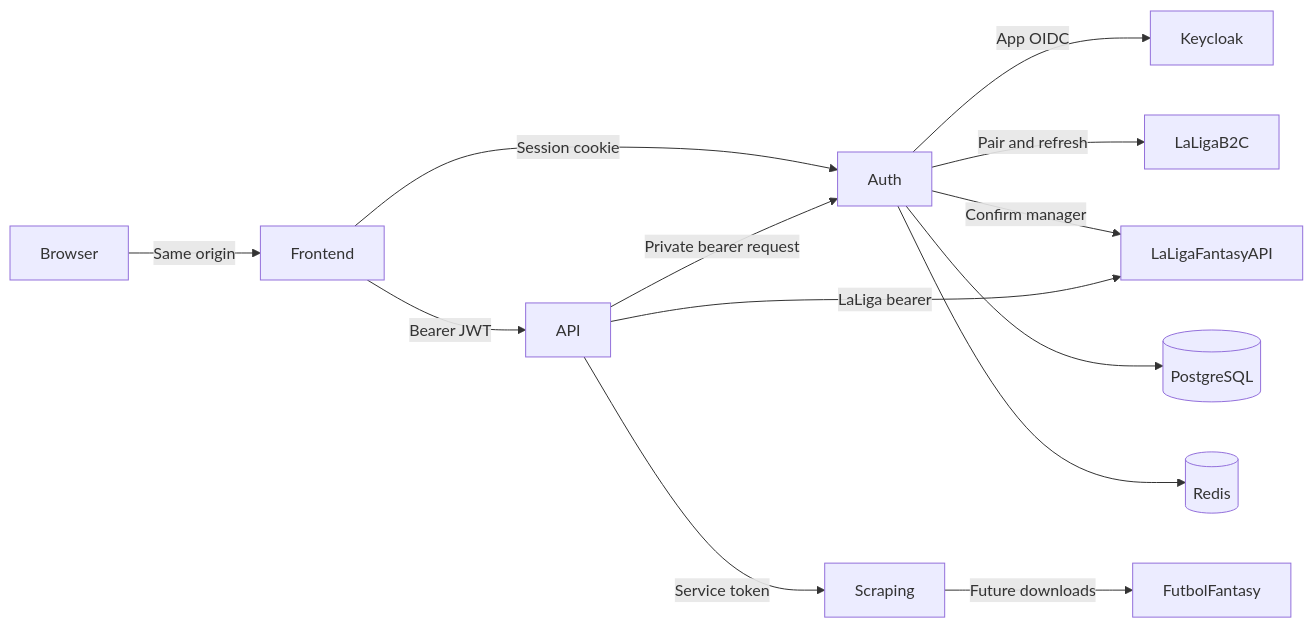
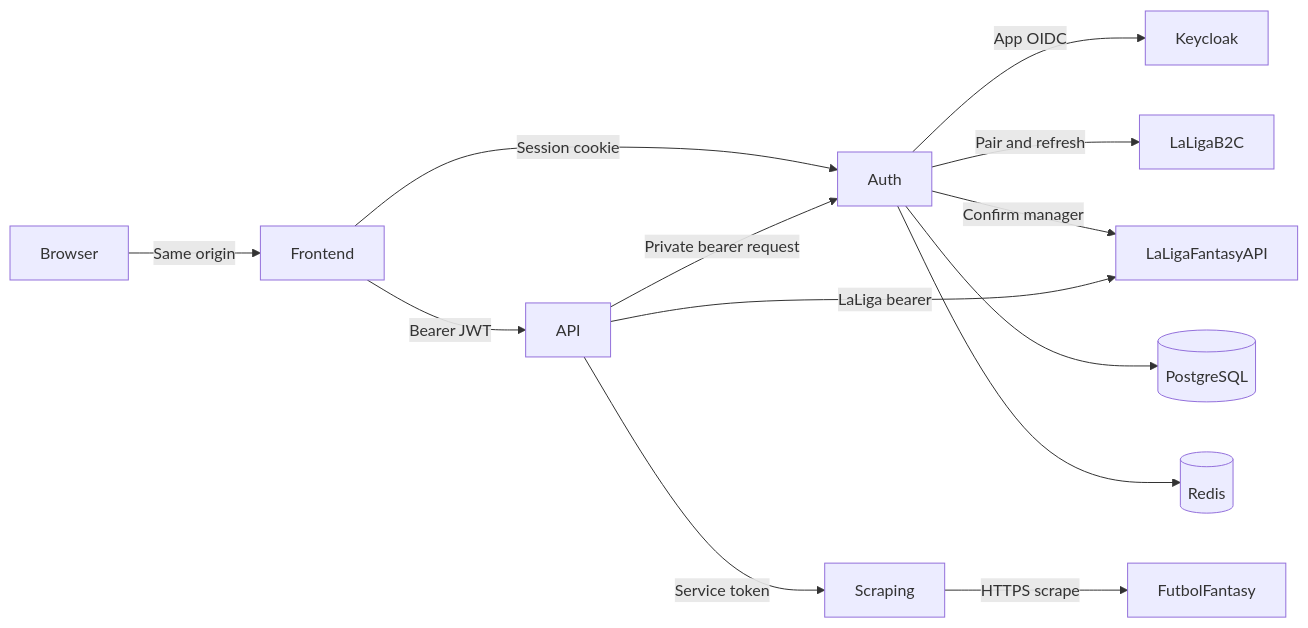
The first of 4 diagrams in docs/architecture.md (andreshere00/LaLiga-Fantasy-Builder), drawn with Mermaid before and after one commit. The commit also changed other lines of this file and 17 other files, not shown here.

````diff
--- a/docs/architecture.md
+++ b/docs/architecture.md
@@ -25,27 +25,27 @@
 ```mermaid
 flowchart LR
     Browser[Browser]
     Web[Frontend]
     IdP[Keycloak]
     Auth[Auth]
     Api[API]
     Postgres[(PostgreSQL)]
     Redis[(Redis)]
     LaligaIdP[LaLigaB2C]
     LaligaApi[LaLigaFantasyAPI]
     Scraping[Scraping]
     FutbolFantasy[FutbolFantasy]
 
     Browser -->|Same origin| Web
     Web -->|Session cookie| Auth
     Web -->|Bearer JWT| Api
     Auth -->|App OIDC| IdP
     Auth -->|Pair and refresh| LaligaIdP
     Auth -->|Confirm manager| LaligaApi
     Api -->|Private bearer request| Auth
     Api -->|LaLiga bearer| LaligaApi
     Api -->|Service token| Scraping
-    Scraping -->|Future downloads| FutbolFantasy
+    Scraping -->|HTTPS scrape| FutbolFantasy
     Auth --> Postgres
     Auth --> Redis
 ```
````
